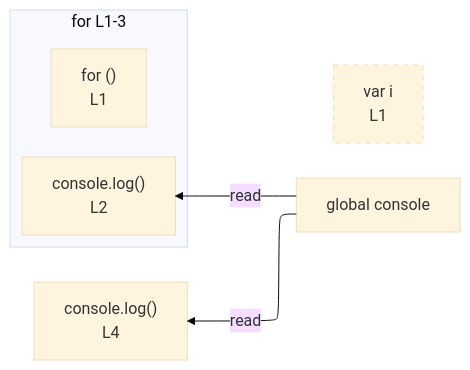
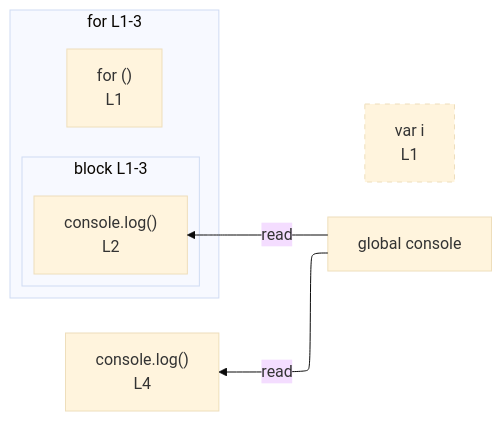
The diagram in integration/fixtures/iteration-statement/classic-for/basic-var-counter/preview.md (crescware/unsnarl), drawn with Mermaid (base theme) before and after one commit. The commit also changed 106 other files, not shown here.

````diff
--- a/integration/fixtures/iteration-statement/classic-for/basic-var-counter/preview.md
+++ b/integration/fixtures/iteration-statement/classic-for/basic-var-counter/preview.md
@@ -20,16 +20,19 @@
 ```mermaid
 %%{init: {"flowchart": {"defaultRenderer": "elk"}}}%%
 flowchart RL
   n_scope_0_i_9["var i<br/>L1"]
   n_scope_0_console_32["global console"]
   subgraph s_scope_1["for L1-3"]
     direction RL
     for_test_scope_0_0["for ()<br/>L1"]
-    expr_stmt_32["console.log()<br/>L2"]
+    subgraph s_scope_2["block L1-3"]
+      direction RL
+      expr_stmt_32["console.log()<br/>L2"]
+    end
   end
   n_scope_0_console_32 -->|read| expr_stmt_32
   n_scope_0_console_32 -->|read| expr_stmt_50
   expr_stmt_50["console.log()<br/>L4"]
   classDef varNode stroke-dasharray:5 5;
   class n_scope_0_i_9 varNode;
 ```
````
